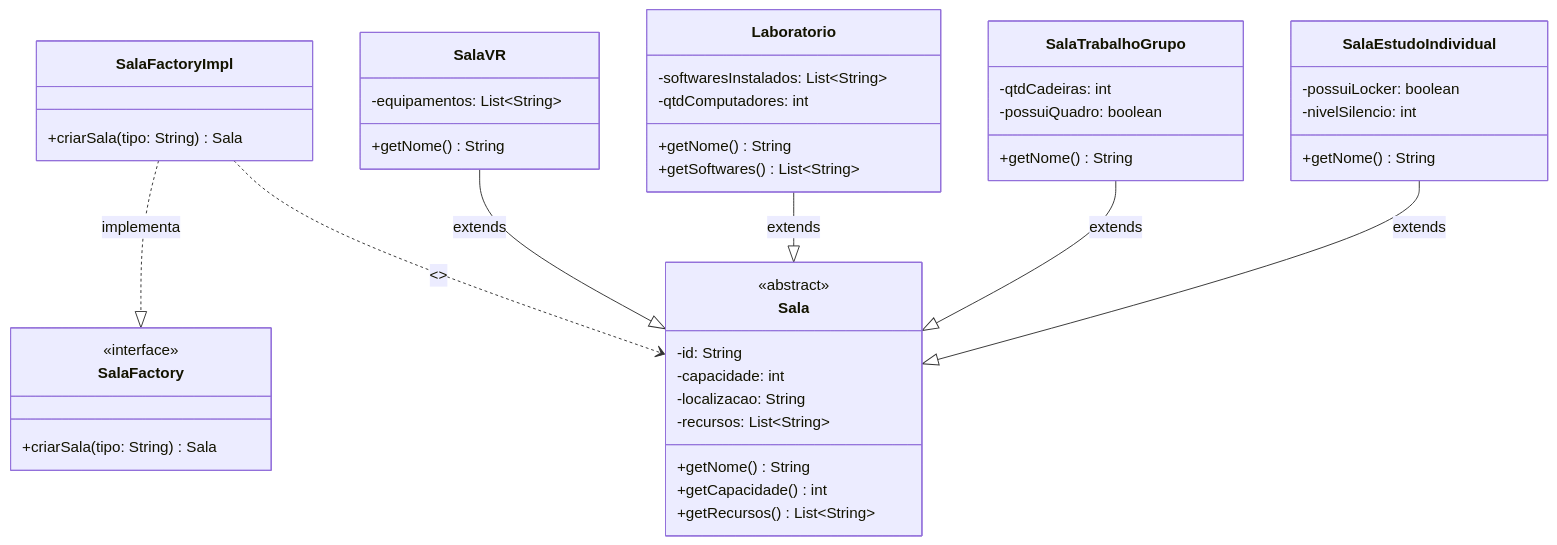
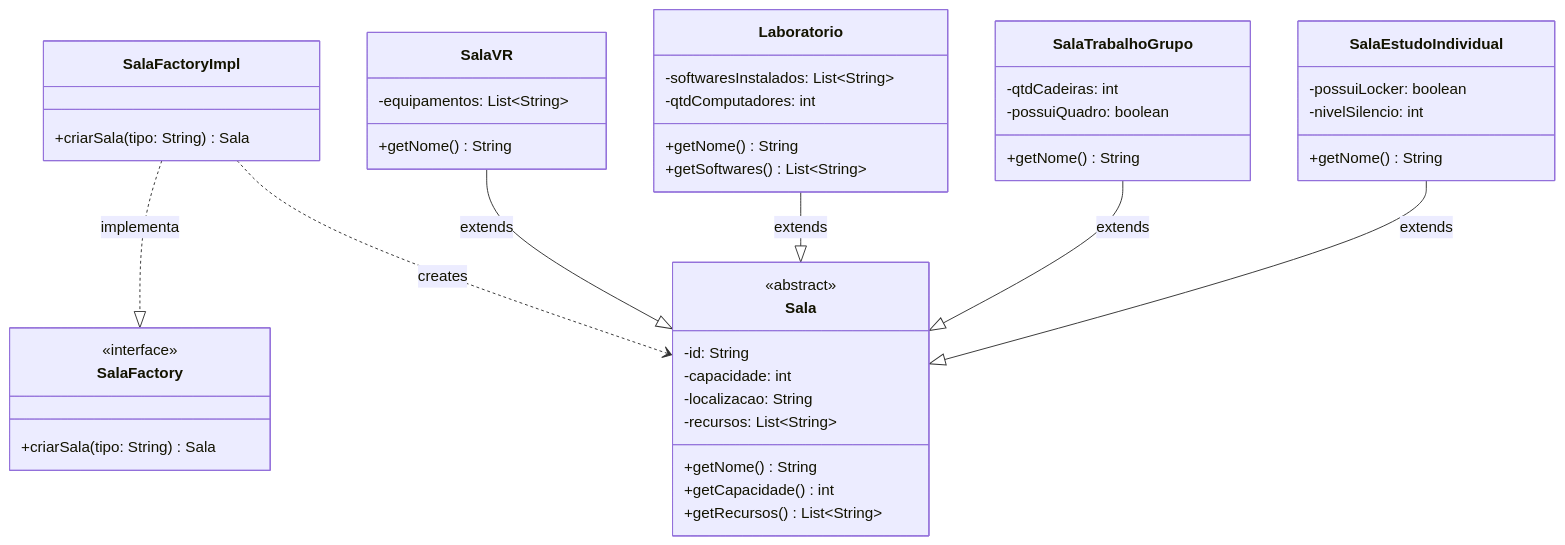
Before and after one commit to nicolascabanas/Study-Classes-Booking-System: the second of 7 diagrams in docs/IDEA.md, drawn with Mermaid. The commit also changed other lines of this file, not shown here.

Commit message:
docs: diagramas unificados e padrao decorator finalizado

````diff
--- a/docs/IDEA.md
+++ b/docs/IDEA.md
@@ -107,56 +126,55 @@
 ```mermaid
 classDiagram
     direction TB
 
     class SalaFactory {
         <<interface>>
         +criarSala(tipo: String) Sala
     }
 
     class SalaFactoryImpl {
         +criarSala(tipo: String) Sala
-        %% switch(tipo) retorna a subclasse correta
     }
 
     class Sala {
         <<abstract>>
         -id: String
         -capacidade: int
         -localizacao: String
         -recursos: List~String~
         +getNome() String
         +getCapacidade() int
         +getRecursos() List~String~
     }
 
     class SalaEstudoIndividual {
         -possuiLocker: boolean
         -nivelSilencio: int
         +getNome() String
     }
 
     class SalaTrabalhoGrupo {
         -qtdCadeiras: int
         -possuiQuadro: boolean
         +getNome() String
     }
 
     class Laboratorio {
         -softwaresInstalados: List~String~
         -qtdComputadores: int
         +getNome() String
         +getSoftwares() List~String~
     }
 
     class SalaVR {
         -equipamentos: List~String~
         +getNome() String
     }
 
     SalaFactoryImpl ..|> SalaFactory : implementa
     SalaEstudoIndividual --|> Sala : extends
     SalaTrabalhoGrupo --|> Sala : extends
     Laboratorio --|> Sala : extends
     SalaVR --|> Sala : extends
-    SalaFactoryImpl ..> Sala : <<creates>>
+    SalaFactoryImpl ..> Sala : creates
 ```
````
